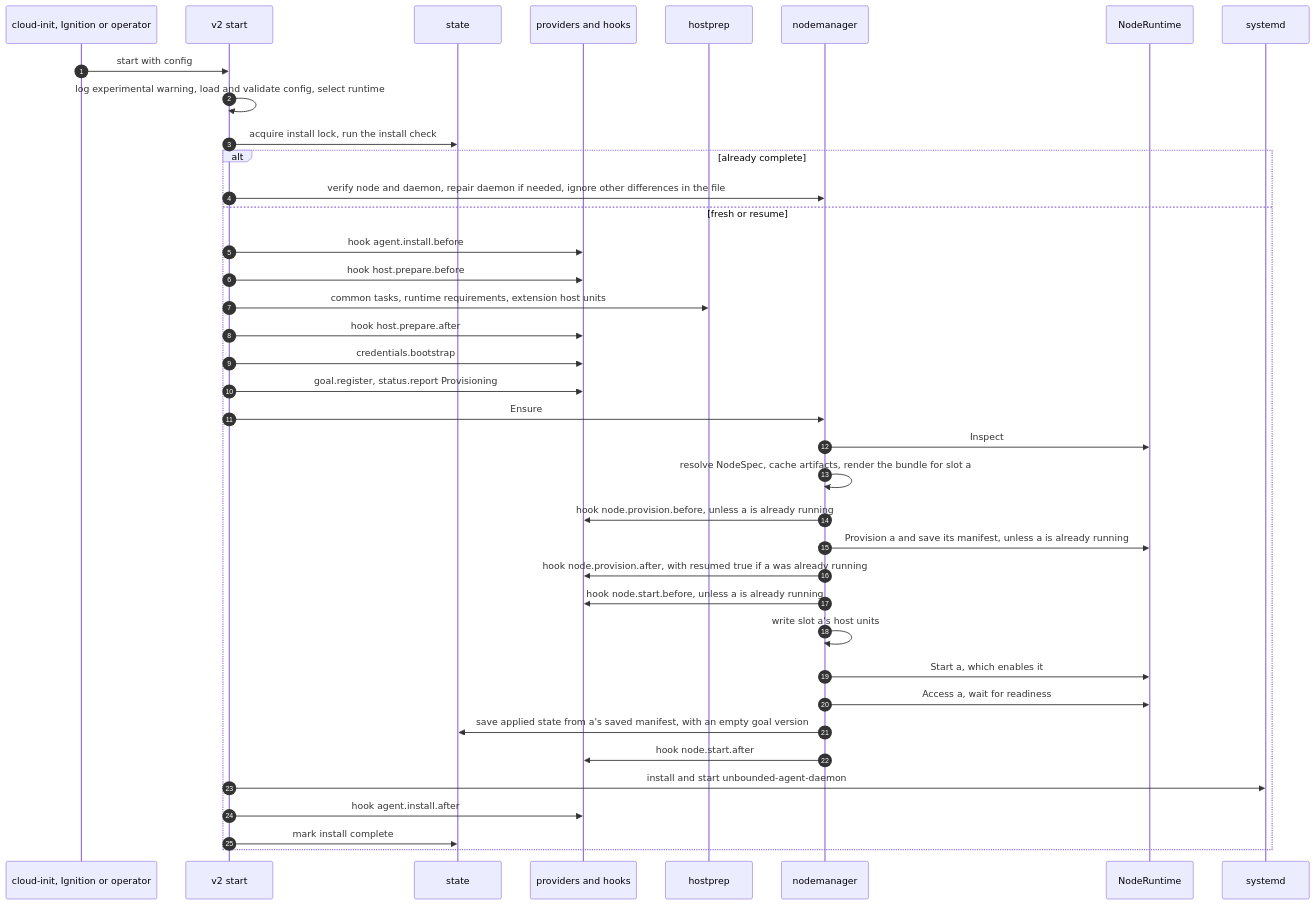
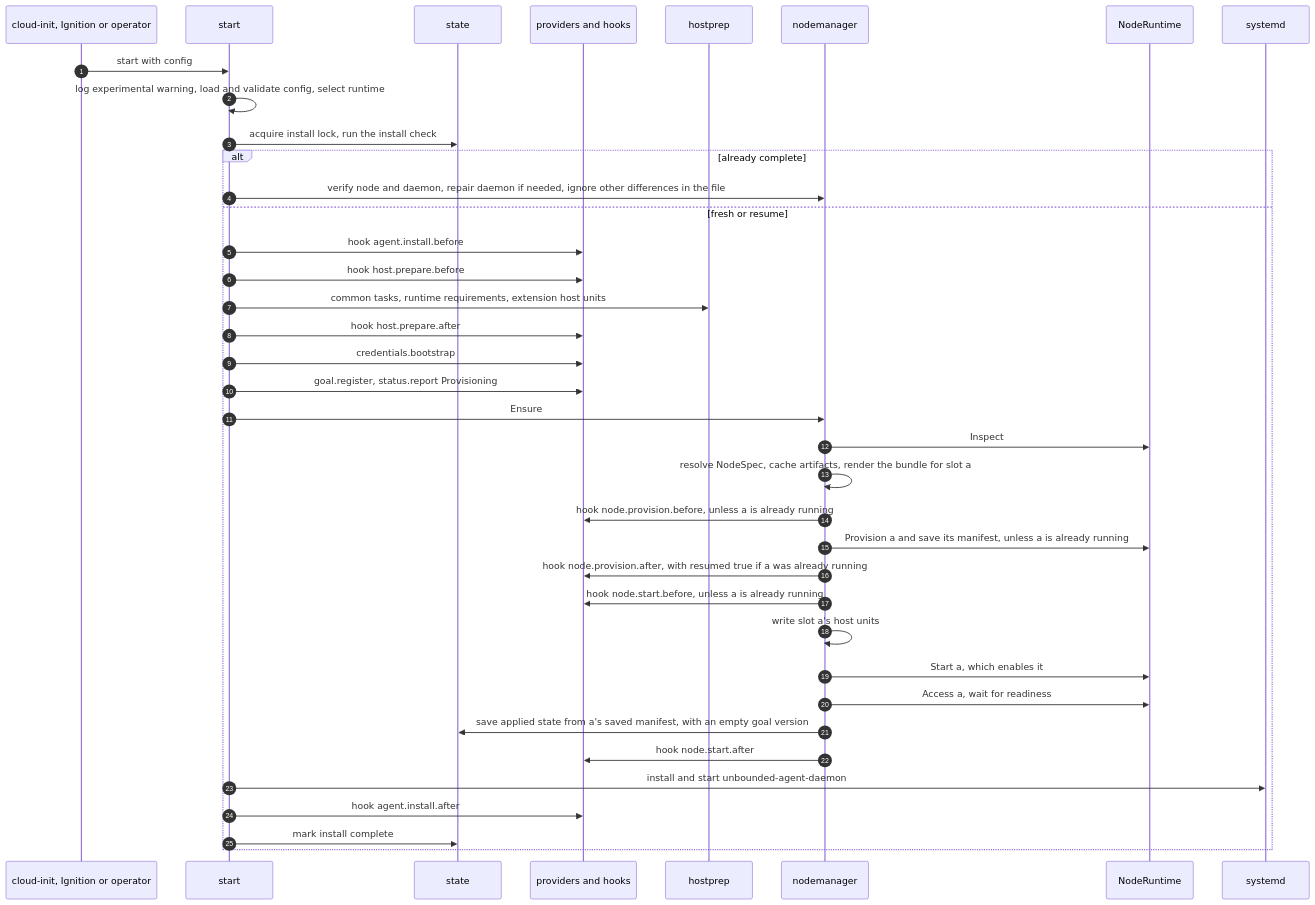
One commit to Azure/unbounded changed the first of 5 diagrams in designs/agent-v2/05-lifecycles.md. Above: the diagram before and after it, drawn with Mermaid. The commit also changed other lines of this file and 11 other files, not shown here.

````diff
--- a/designs/agent-v2/05-lifecycles.md
+++ b/designs/agent-v2/05-lifecycles.md
@@ -8,40 +8,40 @@
 ```mermaid
 sequenceDiagram
   autonumber
   participant Op as cloud-init, Ignition or operator
-  participant CLI as v2 start
+  participant CLI as start
   participant St as state
   participant Px as providers and hooks
   participant HP as hostprep
   participant NM as nodemanager
   participant RT as NodeRuntime
   participant SD as systemd
   Op->>CLI: start with config
   CLI->>CLI: log experimental warning, load and validate config, select runtime
   CLI->>St: acquire install lock, run the install check
   alt already complete
     CLI->>NM: verify node and daemon, repair daemon if needed, ignore other differences in the file
   else fresh or resume
     CLI->>Px: hook agent.install.before
     CLI->>Px: hook host.prepare.before
     CLI->>HP: common tasks, runtime requirements, extension host units
     CLI->>Px: hook host.prepare.after
     CLI->>Px: credentials.bootstrap
     CLI->>Px: goal.register, status.report Provisioning
     CLI->>NM: Ensure
     NM->>RT: Inspect
     NM->>NM: resolve NodeSpec, cache artifacts, render the bundle for slot a
     NM->>Px: hook node.provision.before, unless a is already running
     NM->>RT: Provision a and save its manifest, unless a is already running
     NM->>Px: hook node.provision.after, with resumed true if a was already running
     NM->>Px: hook node.start.before, unless a is already running
     NM->>NM: write slot a's host units
     NM->>RT: Start a, which enables it
     NM->>RT: Access a, wait for readiness
     NM->>St: save applied state from a's saved manifest, with an empty goal version
     NM->>Px: hook node.start.after
     CLI->>SD: install and start unbounded-agent-daemon
     CLI->>Px: hook agent.install.after
     CLI->>St: mark install complete
   end
 ```
````
